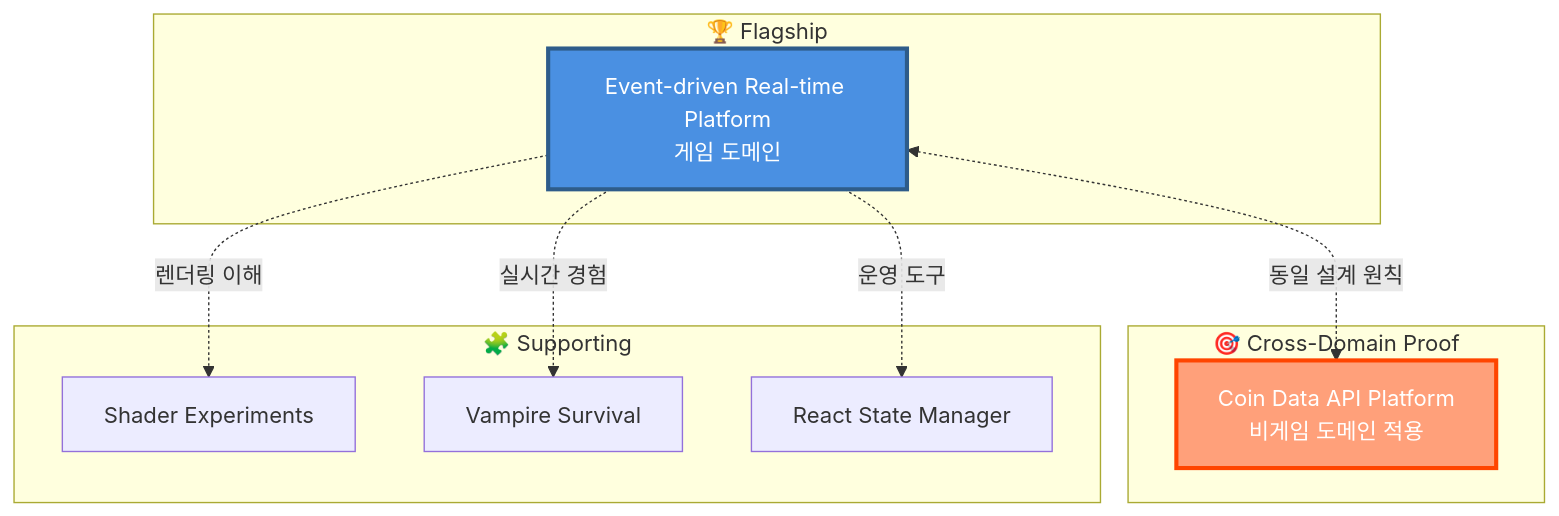
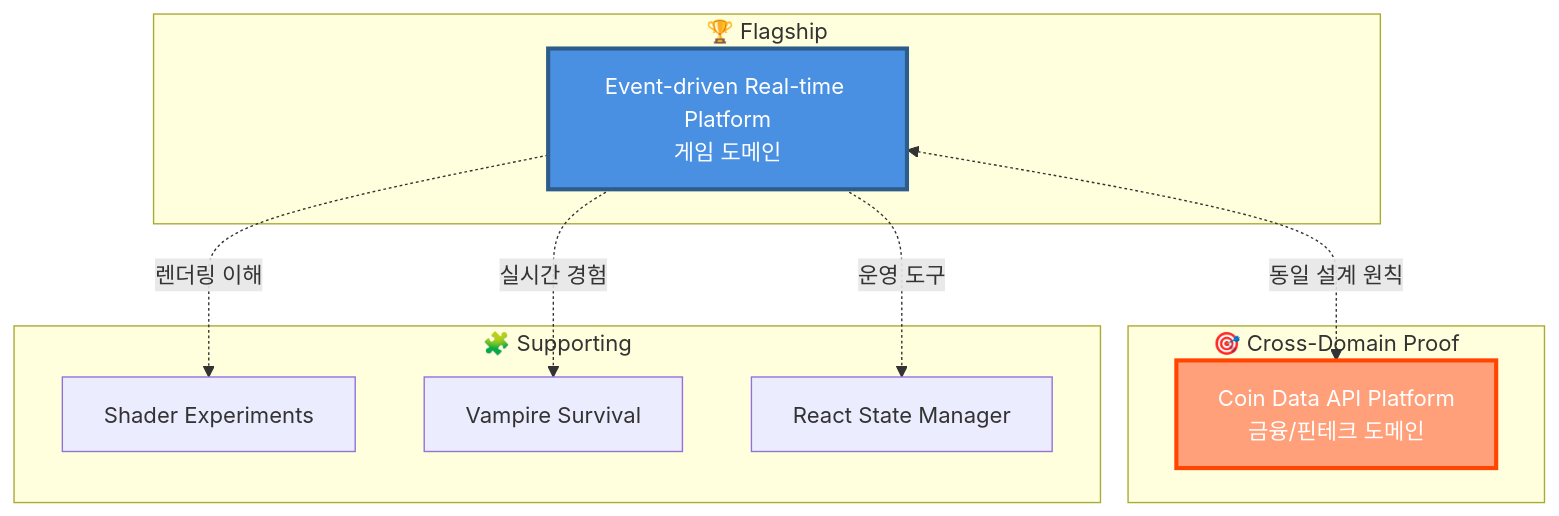
One commit to 1985jwlee/overview changed the second of 4 diagrams in README.md. Above: the diagram before and after it, drawn with Mermaid. The commit also changed other lines of this file, not shown here.

````diff
--- a/README.md
+++ b/README.md
@@ -59,24 +59,24 @@
 ```mermaid
 graph TB
     subgraph "🏆 Flagship"
         MAIN[Event-driven Real-time Platform<br/>게임 도메인]
     end
     
     subgraph "🎯 Cross-Domain Proof"
-        API[Coin Data API Platform<br/>비게임 도메인 적용]
+        API[Coin Data API Platform<br/>금융/핀테크 도메인]
     end
     
     subgraph "🧩 Supporting"
         SHADER[Shader Experiments]
         GAME[Vampire Survival]
         REACT[React State Manager]
     end
     
     MAIN <-.->|동일 설계 원칙| API
     MAIN -.->|렌더링 이해| SHADER
     MAIN -.->|실시간 경험| GAME
     MAIN -.->|운영 도구| REACT
     
     style MAIN fill:#4A90E2,stroke:#2E5C8A,stroke-width:3px,color:#fff
     style API fill:#FFA07A,stroke:#FF4500,stroke-width:3px,color:#fff
 ```
````
